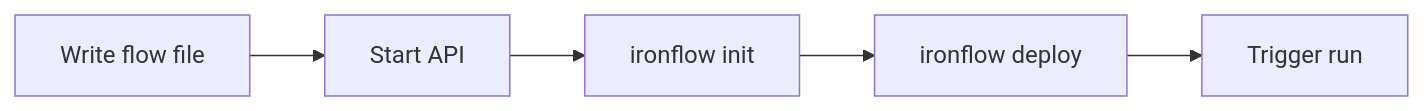
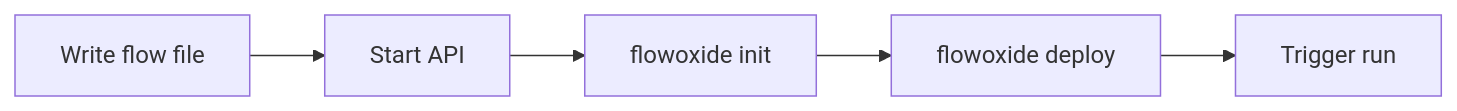
Before and after one commit to PPPSDavid/rust-based-prefect: the diagram in docs/quickstart-first-deployment.md, drawn with Mermaid. The commit also changed other lines of this file and 148 other files, not shown here.

First line of the commit message:
refactor: rename IronFlow product branding to FlowOxide

````diff
--- a/docs/quickstart-first-deployment.md
+++ b/docs/quickstart-first-deployment.md
@@ -12,7 +12,7 @@
 ```mermaid
 flowchart LR
   A[Write flow file] --> B[Start API]
-  B --> C[ironflow init]
-  C --> D[ironflow deploy]
+  B --> C[flowoxide init]
+  C --> D[flowoxide deploy]
   D --> E[Trigger run]
 ```
````
